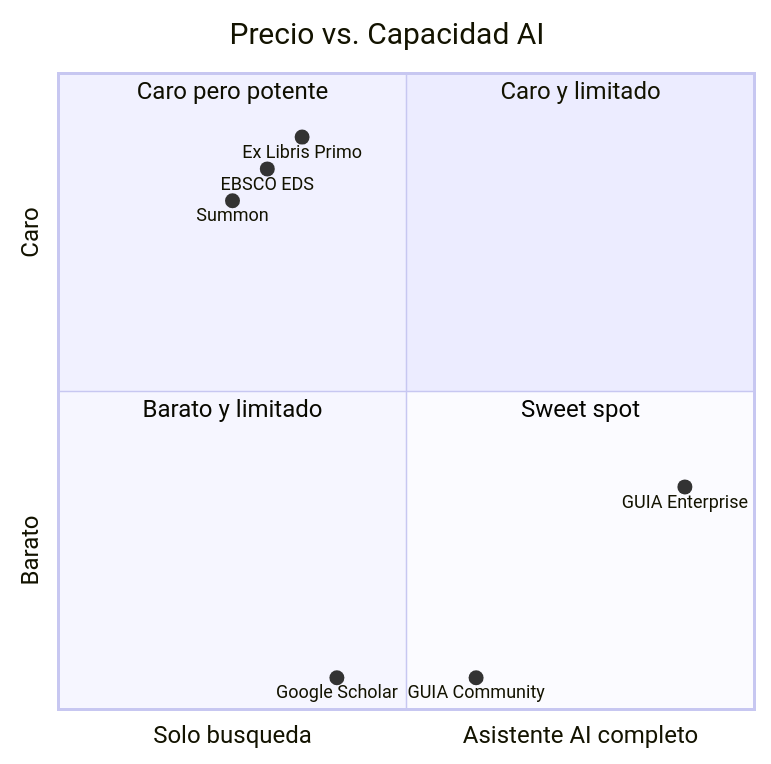
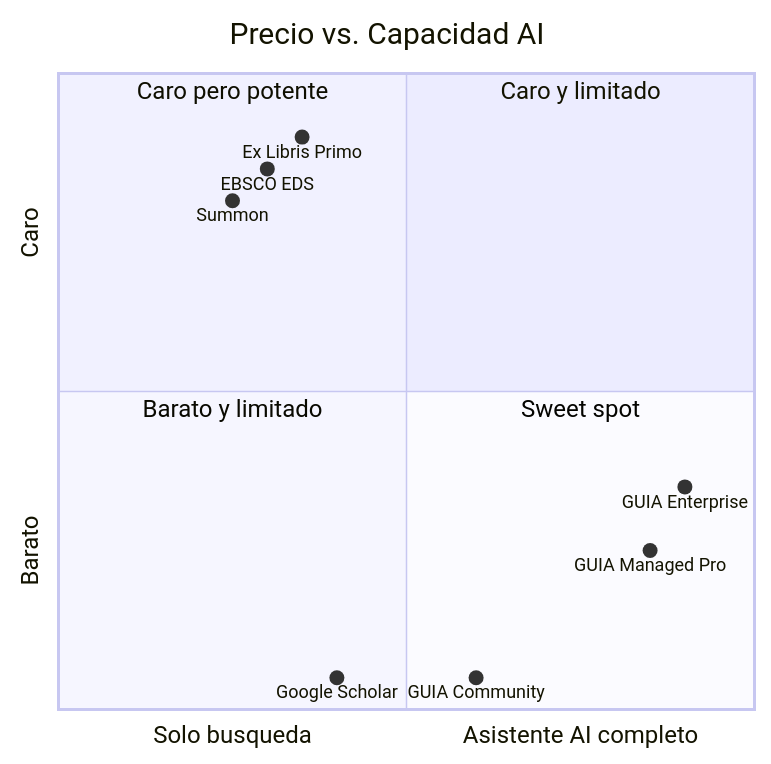
Before and after one commit to SciBack/guia: the fourth of 4 diagrams in docs/modelo-comercial.md, drawn with Mermaid. The commit also changed other lines of this file and 1 other file, not shown here.

````diff
--- a/docs/modelo-comercial.md
+++ b/docs/modelo-comercial.md
@@ -23,16 +125,17 @@
 ```mermaid
 quadrantChart
     title Precio vs. Capacidad AI
     x-axis "Solo busqueda" --> "Asistente AI completo"
     y-axis "Barato" --> "Caro"
     quadrant-1 Caro y limitado
     quadrant-2 Caro pero potente
     quadrant-3 Barato y limitado
     quadrant-4 Sweet spot
     EBSCO EDS: [0.3, 0.85]
     Ex Libris Primo: [0.35, 0.90]
     Summon: [0.25, 0.80]
     Google Scholar: [0.4, 0.05]
     GUIA Community: [0.6, 0.05]
+    GUIA Managed Pro: [0.85, 0.25]
     GUIA Enterprise: [0.9, 0.35]
 ```
````
